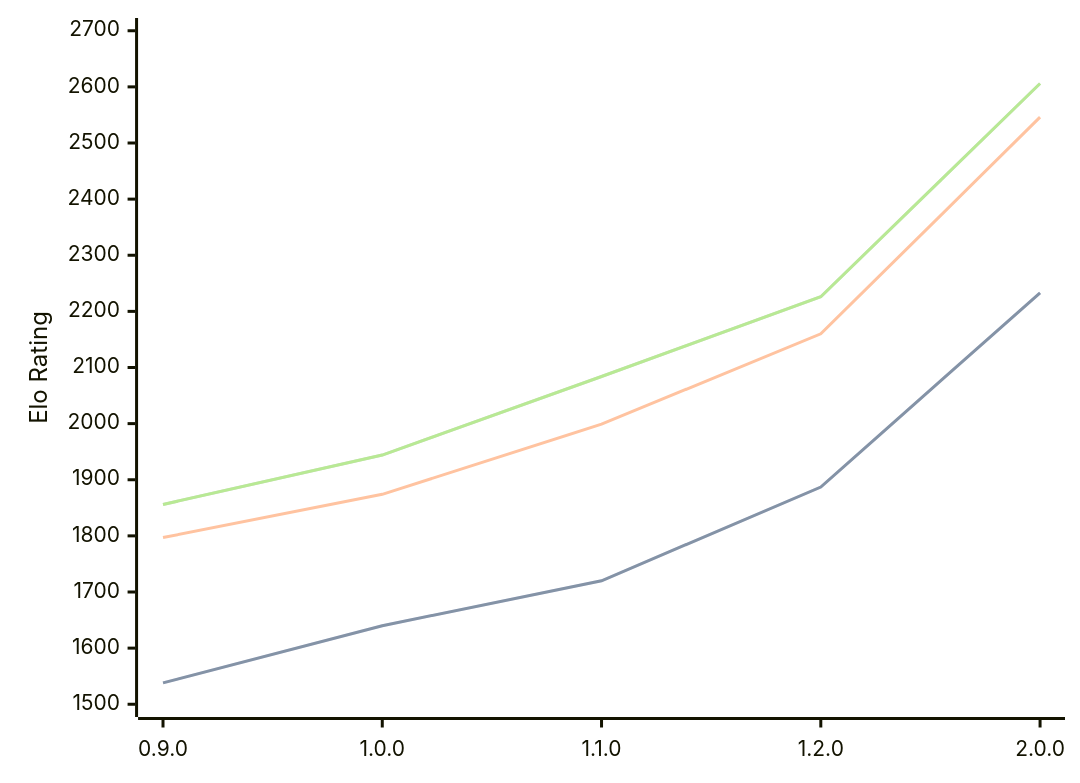
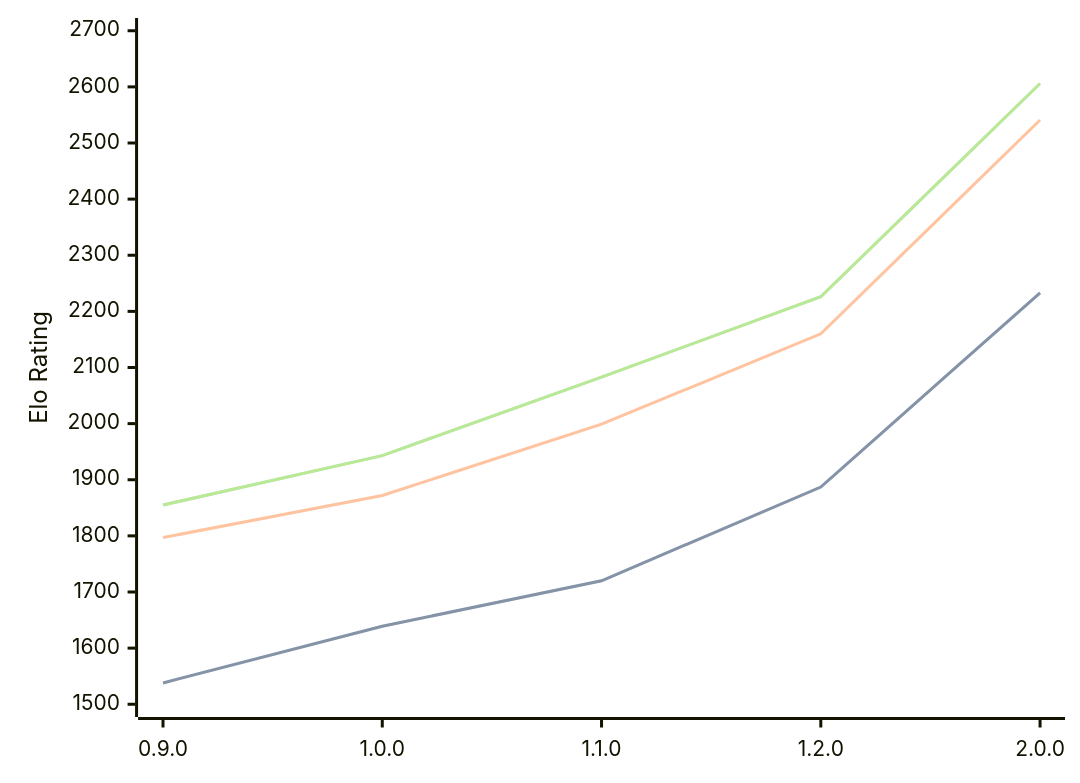
The third of 3 diagrams in engines/Ratsu.md (computer-chess-index/cci), drawn with Mermaid before and after one commit. The commit also changed other lines of this file, not shown here.

Commit message:
Update CCI Ratings (ELO VLTC) - 2026-06-30

````diff
--- a/engines/Ratsu.md
+++ b/engines/Ratsu.md
@@ -68,11 +68,11 @@
 ```mermaid
 %%{init: {"theme":"base","themeVariables":{"seriesColors:['#a3a3a3','#222221','#faa371']}}}%%
 xychart-beta
   x-axis ["0.9.0", "1.0.0", "1.1.0", "1.2.0", "2.0.0"]
   y-axis "Elo Rating" 1500 --> 2700
-  line "STC (8.0+0.08s)" [1538, 1640, 1720, 1887, 2233]
-  line "STC (8.0+0.08s)" [1538, 1640, 1720, 1887, 2233]
-  line "LTC (60.0+0.60s)" [1797, 1874, 1999, 2160, 2546]
-  line "VLTC (2m24s+1.12s)" [1856, 1944, 2084, 2226, 2606]
-  line "VLTC (2m24s+1.12s)" [1856, 1944, 2084, 2226, 2606]
+  line "STC (8.0+0.08s)" [1538, 1639, 1720, 1887, 2233]
+  line "STC (8.0+0.08s)" [1538, 1639, 1720, 1887, 2233]
+  line "LTC (60.0+0.60s)" [1797, 1872, 1999, 2160, 2541]
+  line "VLTC (2m24s+1.12s)" [1855, 1943, 2083, 2226, 2606]
+  line "VLTC (2m24s+1.12s)" [1855, 1943, 2083, 2226, 2606]
 ```
````
